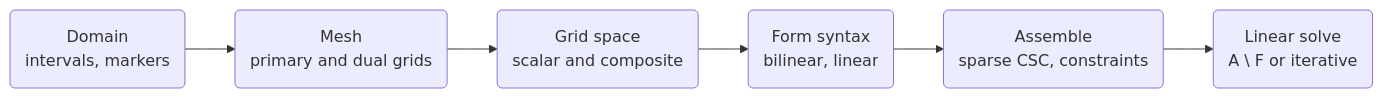
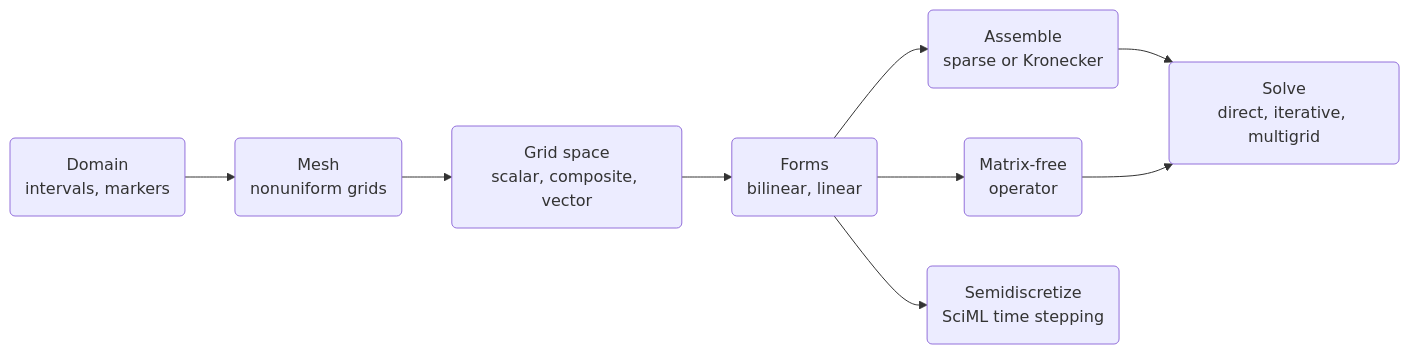
The diagram in README.md (gpena/Bramble.jl), drawn with Mermaid before and after one commit. The commit also changed other lines of this file, not shown here.

````diff
--- a/README.md
+++ b/README.md
@@ -118,10 +110,15 @@
 ```mermaid
 flowchart LR
     domain("Domain<br/>intervals, markers")
-    mesh("Mesh<br/>primary and dual grids")
-    space("Grid space<br/>scalar and composite")
-    form("Form syntax<br/>bilinear, linear")
-    assemble("Assemble<br/>sparse CSC, constraints")
-    solve("Linear solve<br/>A \ F or iterative")
-    domain --> mesh --> space --> form --> assemble --> solve
+    mesh("Mesh<br/>nonuniform grids")
+    space("Grid space<br/>scalar, composite, vector")
+    form("Forms<br/>bilinear, linear")
+    assemble("Assemble<br/>sparse or Kronecker")
+    matfree("Matrix-free<br/>operator")
+    solve("Solve<br/>direct, iterative, multigrid")
+    ode("Semidiscretize<br/>SciML time stepping")
+    domain --> mesh --> space --> form
+    form --> assemble --> solve
+    form --> matfree --> solve
+    form --> ode
 ```
````
